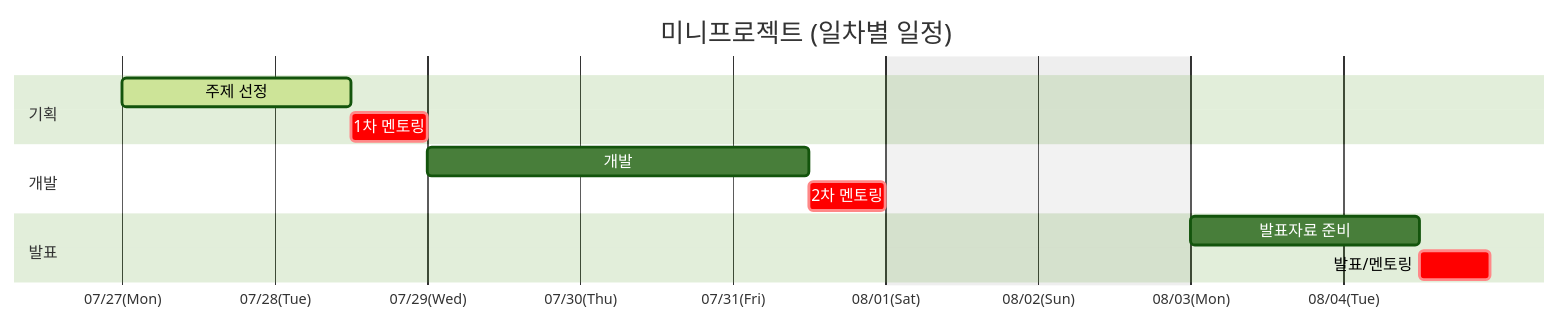
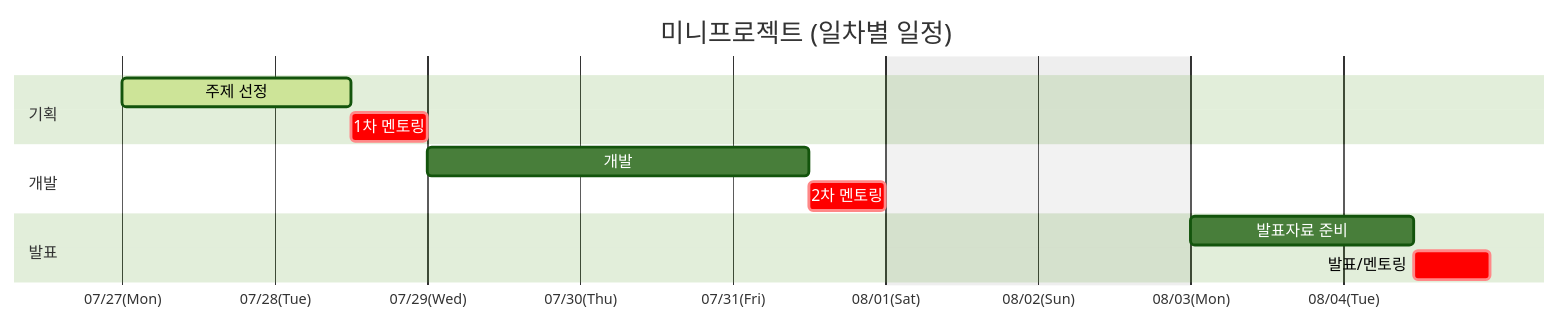
One commit to SAJOYO/.github changed the first of 4 diagrams in profile/README.md. Above: the diagram before and after it, drawn with Mermaid (forest theme).

````diff
--- a/profile/README.md
+++ b/profile/README.md
@@ -3,23 +3,23 @@
 ```mermaid
 gantt
     title 미니프로젝트 (일차별 일정)
     dateFormat  YYYY-MM-DD HH:mm
 
     %% 반나절 단위는 dateFormat에 시간을 넣어 표현합니다 (오전 09:00~13:00 / 오후 13:00~18:00)
     axisFormat %m/%d(%a)
     tickInterval 1day
     excludes weekends
 
     section 기획
     주제 선정                : active, a1, 2026-07-27 00:00, 2026-07-28 12:00
     1차 멘토링               : crit, a2, 2026-07-28 12:00, 2026-07-29 00:00
 
     section 개발
     개발                    : b1, 2026-07-29 00:00, 2026-07-31 12:00
     2차 멘토링               : crit, b2, 2026-07-31 12:00, 2026-08-01 00:00
 
     section 발표
-    발표자료 준비             : c1, 2026-08-03 00:00, 2026-08-04 12:00
-    발표/멘토링                    : crit, c2, 2026-08-04 12:00, 2026-08-04 23:00
+    발표자료 준비             : c1, 2026-08-03 00:00, 2026-08-04 11:00
+    발표/멘토링                    : crit, c2, 2026-08-04 11:00, 2026-08-04 23:00
 
 ```
````
